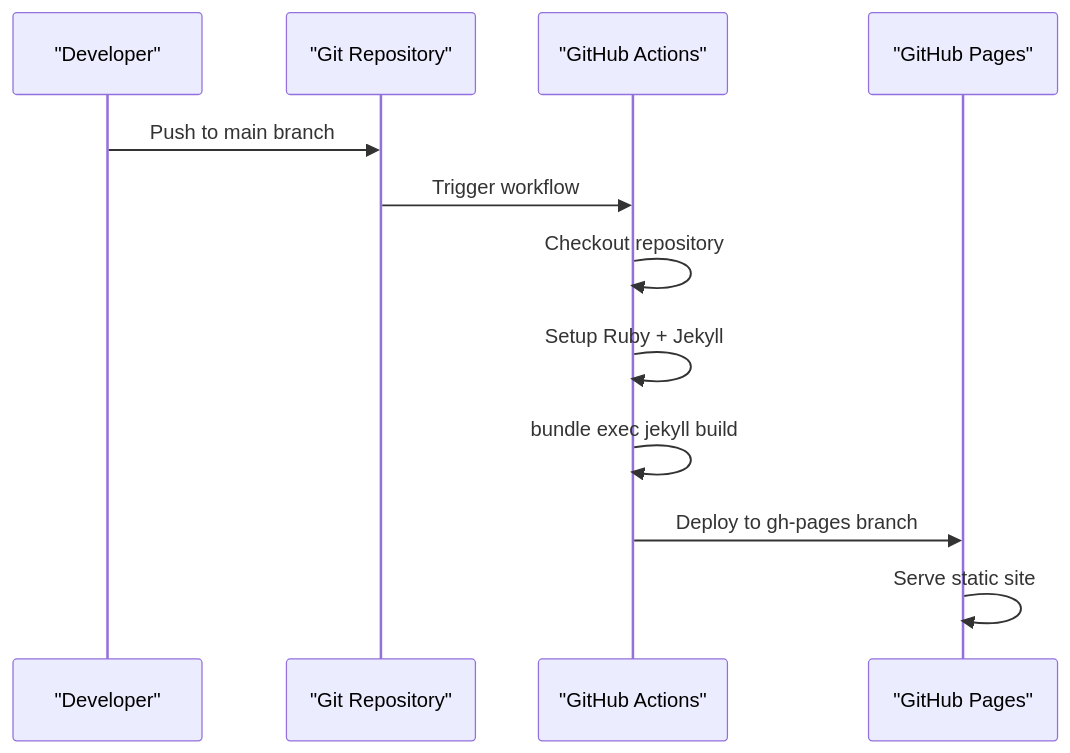
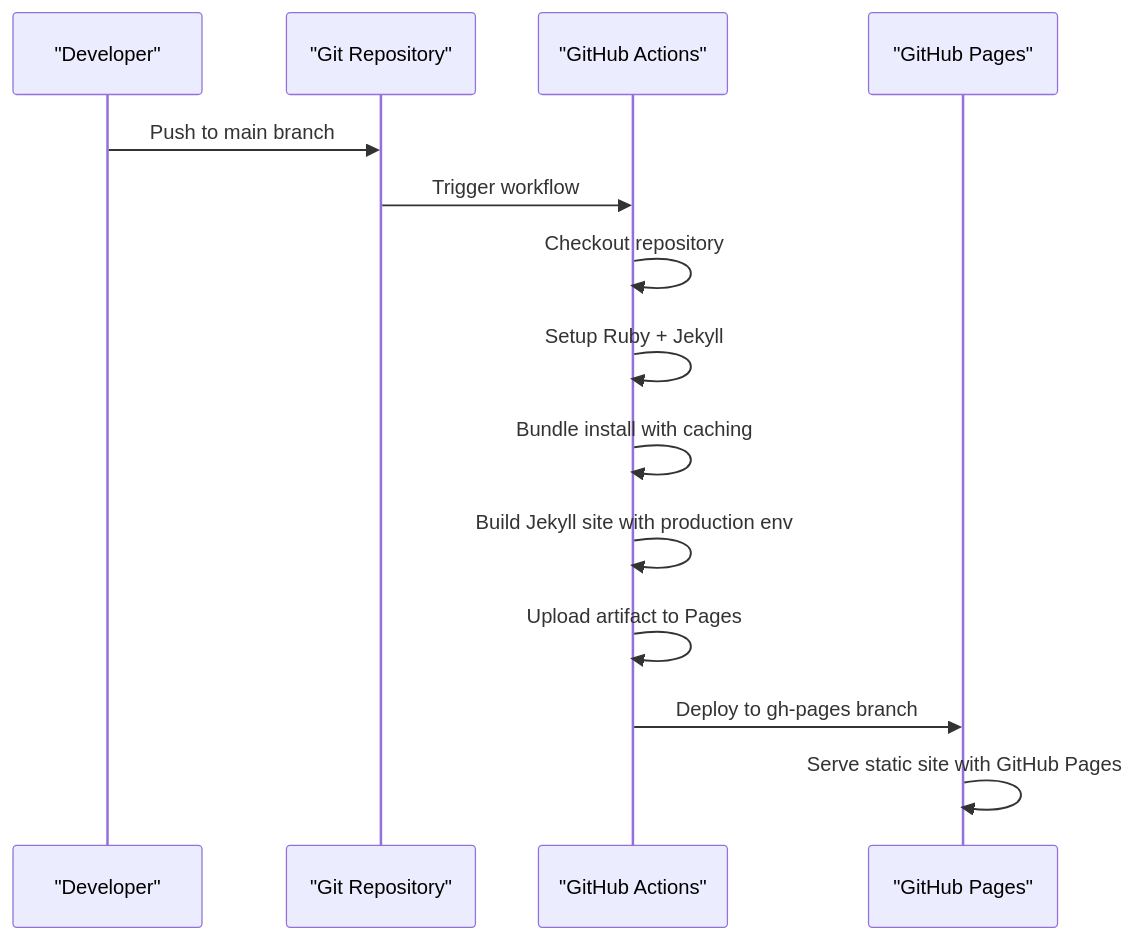
Before and after one commit to PolarisW007/PolaZhenJing: the fifth of 5 diagrams in .qoder/repowiki/en/content/API Reference/API Reference.md, drawn with Mermaid. The commit also changed other lines of this file and 4 other files, not shown here.

````diff
--- a/.qoder/repowiki/en/content/API Reference/API Reference.md
+++ b/.qoder/repowiki/en/content/API Reference/API Reference.md
@@ -224,14 +282,16 @@
 ```mermaid
 sequenceDiagram
 participant Dev as "Developer"
 participant Git as "Git Repository"
 participant GH as "GitHub Actions"
 participant JP as "GitHub Pages"
 Dev->>Git : Push to main branch
 Git->>GH : Trigger workflow
 GH->>GH : Checkout repository
 GH->>GH : Setup Ruby + Jekyll
-GH->>GH : bundle exec jekyll build
+GH->>GH : Bundle install with caching
+GH->>GH : Build Jekyll site with production env
+GH->>GH : Upload artifact to Pages
 GH->>JP : Deploy to gh-pages branch
-JP->>JP : Serve static site
+JP->>JP : Serve static site with GitHub Pages
 ```
````
